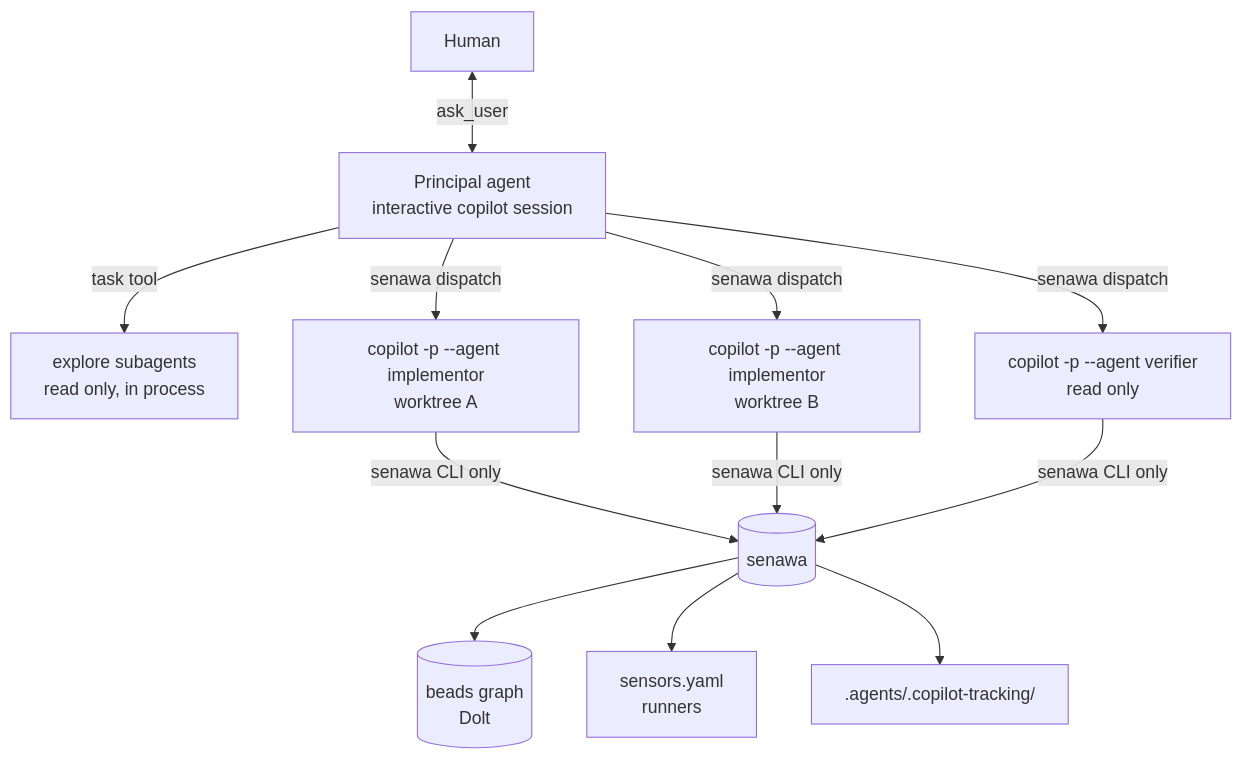
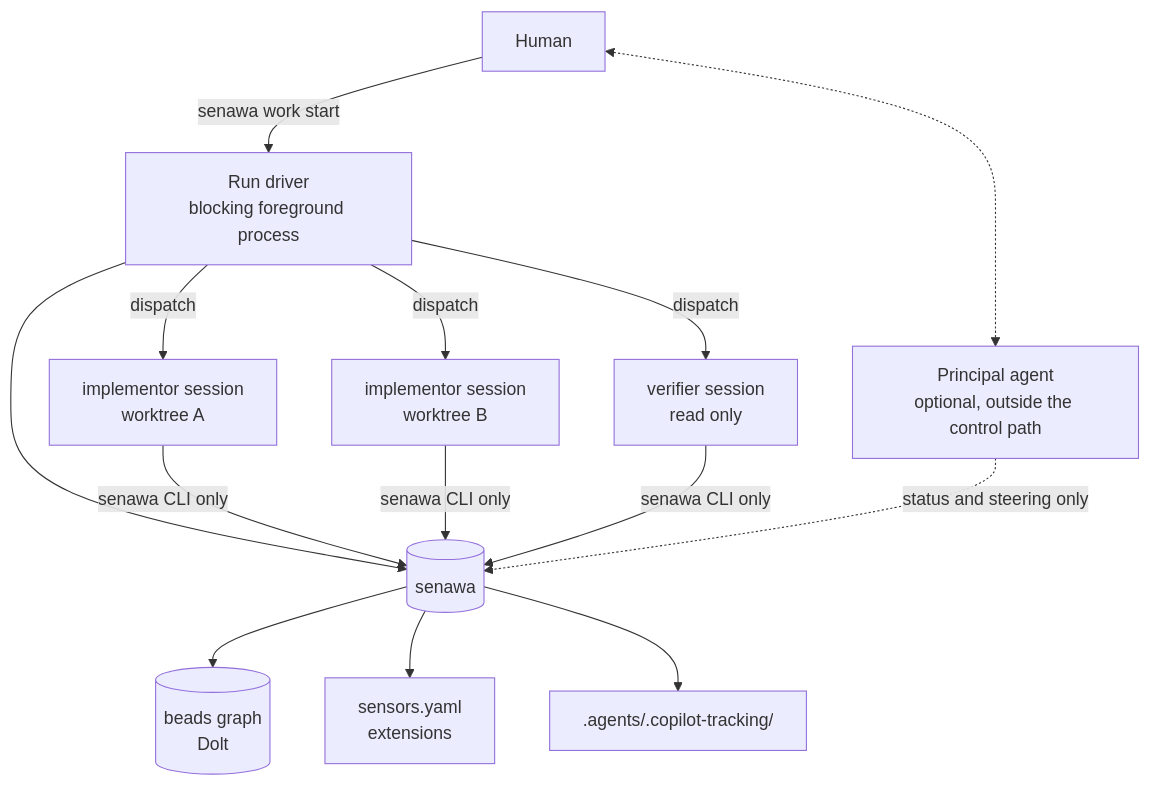
Before and after one commit to dasiths/senawa: the second of 4 diagrams in docs/design/multi-agent-orchestration.md, drawn with Mermaid. The commit also changed other lines of this file and 10 other files, not shown here.

First line of the commit message:
feat: make senawa a blocking driver with re-enterable phases

````diff
--- a/docs/design/multi-agent-orchestration.md
+++ b/docs/design/multi-agent-orchestration.md
@@ -303,12 +526,14 @@
 ```mermaid
 flowchart TB
-    H[Human] <-->|ask_user| PA[Principal agent<br/>interactive copilot session]
-    PA -->|task tool| EX[explore subagents<br/>read only, in process]
-    PA -->|senawa dispatch| W1[copilot -p --agent implementor<br/>worktree A]
-    PA -->|senawa dispatch| W2[copilot -p --agent implementor<br/>worktree B]
-    PA -->|senawa dispatch| V[copilot -p --agent verifier<br/>read only]
-    W1 & W2 & V -->|senawa CLI only| S[(senawa)]
+    H[Human] -->|senawa work start| D[Run driver<br/>blocking foreground process]
+    D --> S[(senawa)]
+    D -->|dispatch| W1[implementor session<br/>worktree A]
+    D -->|dispatch| W2[implementor session<br/>worktree B]
+    D -->|dispatch| V[verifier session<br/>read only]
+    W1 & W2 & V -->|senawa CLI only| S
+    H <-.-> PA[Principal agent<br/>optional, outside the control path]
+    PA -.->|status and steering only| S
     S --> BD[(beads graph<br/>Dolt)]
-    S --> SEN[sensors.yaml<br/>runners]
+    S --> SEN[sensors.yaml<br/>extensions]
     S --> FS[.agents/.copilot-tracking/]
 ```
````
